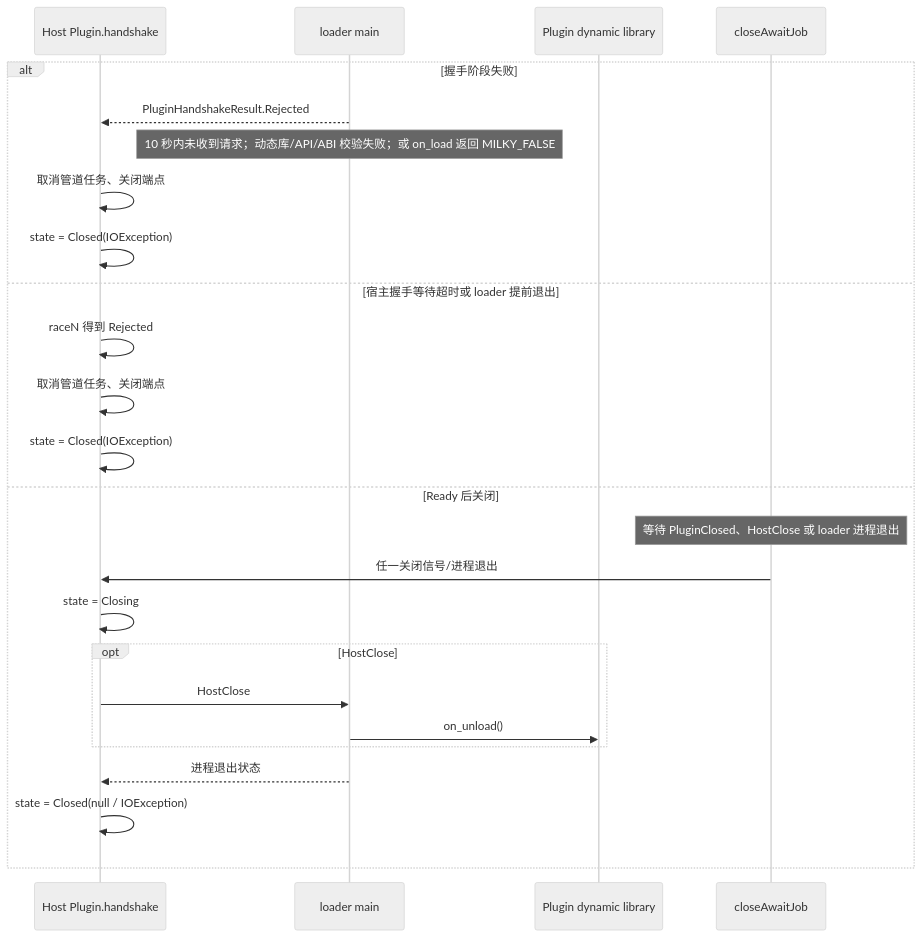
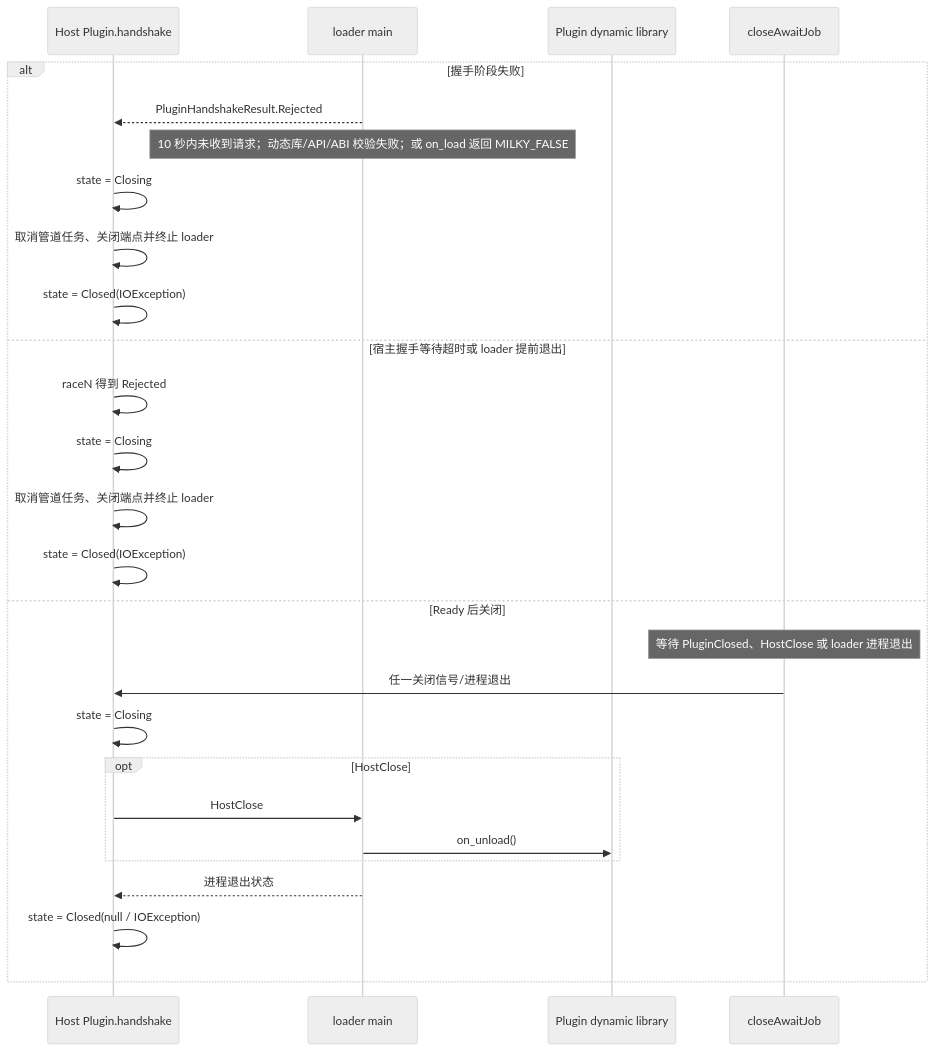
One commit to magic-cucumber/milky-console changed the third of 3 diagrams in docs/plugin-lifecycle.md. Above: the diagram before and after it, drawn with Mermaid (neutral theme). The commit also changed other lines of this file and 9 other files, not shown here.

````diff
--- a/docs/plugin-lifecycle.md
+++ b/docs/plugin-lifecycle.md
@@ -76,28 +83,30 @@
 ```mermaid
 sequenceDiagram
     participant H as Host Plugin.handshake
     participant L as loader main
     participant D as Plugin dynamic library
     participant W as closeAwaitJob
 
     alt 握手阶段失败
         L-->>H: PluginHandshakeResult.Rejected
         Note over L: 10 秒内未收到请求；动态库/API/ABI 校验失败；或 on_load 返回 MILKY_FALSE
-        H->>H: 取消管道任务、关闭端点
+        H->>H: state = Closing
+        H->>H: 取消管道任务、关闭端点并终止 loader
         H->>H: state = Closed(IOException)
     else 宿主握手等待超时或 loader 提前退出
         H->>H: raceN 得到 Rejected
-        H->>H: 取消管道任务、关闭端点
+        H->>H: state = Closing
+        H->>H: 取消管道任务、关闭端点并终止 loader
         H->>H: state = Closed(IOException)
     else Ready 后关闭
         Note over W: 等待 PluginClosed、HostClose 或 loader 进程退出
         W->>H: 任一关闭信号/进程退出
         H->>H: state = Closing
         opt HostClose
             H->>L: HostClose
             L->>D: on_unload()
         end
         L-->>H: 进程退出状态
         H->>H: state = Closed(null / IOException)
     end
 ```
````
